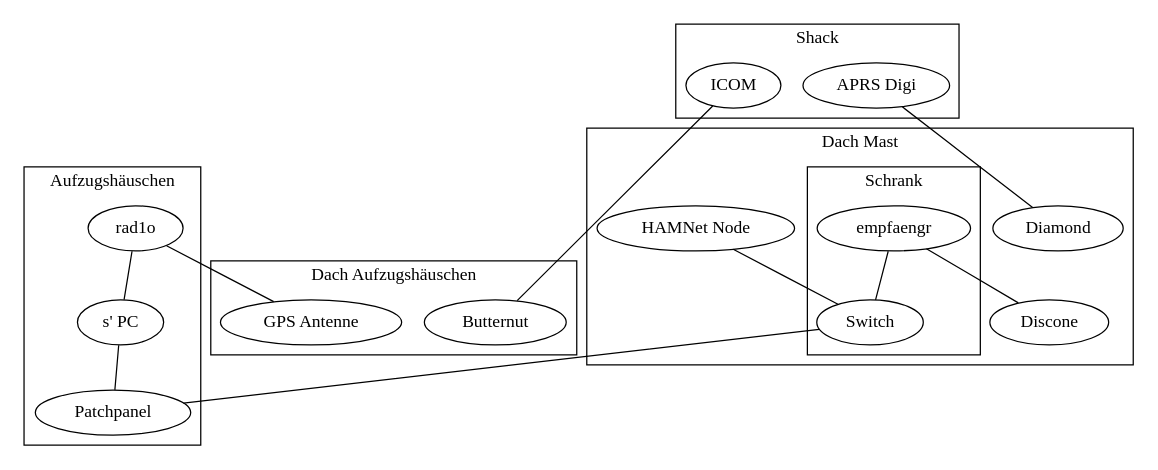
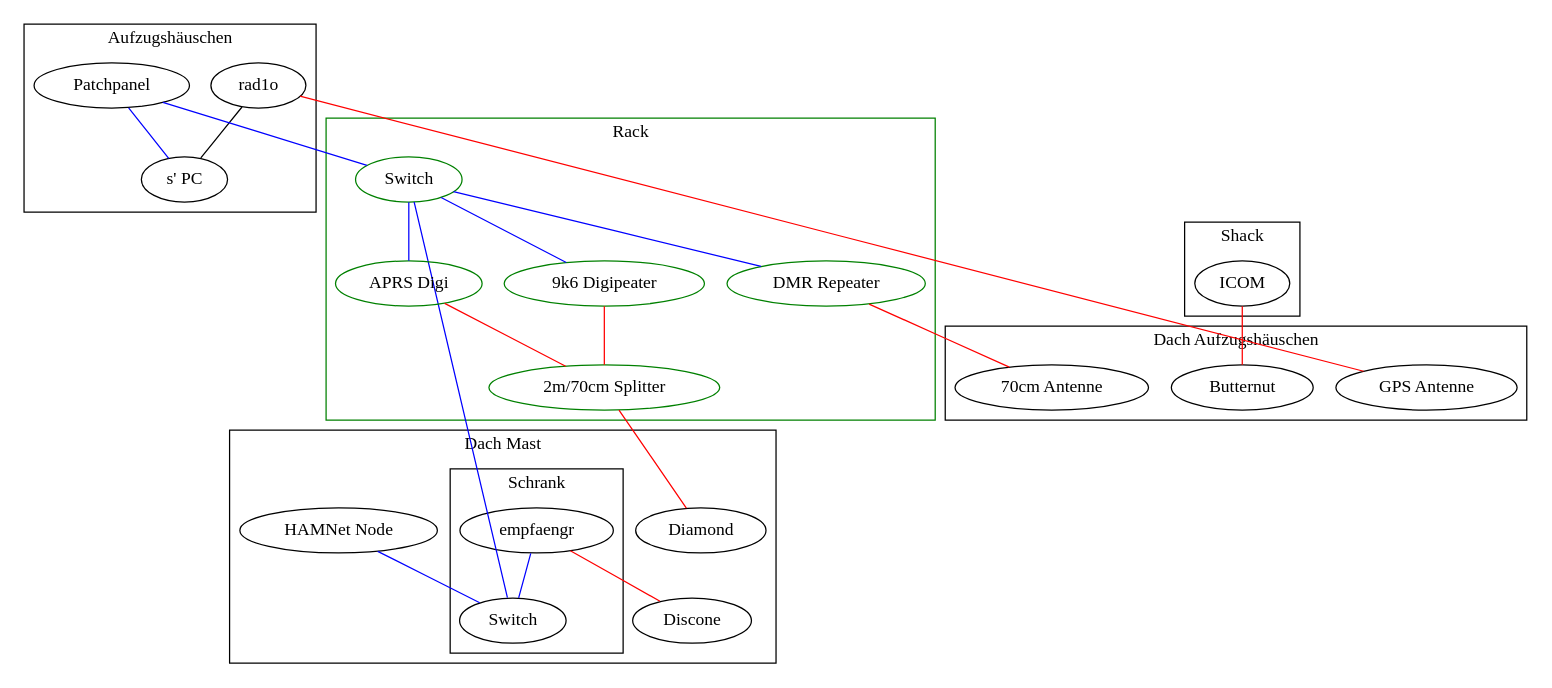
One commit to dl0muc/infrastruktur changed the diagram in dl0muc_infrastruktur.md. Above: the diagram before and after it, drawn with Graphviz. The commit also changed other lines of this file, not shown here.

Commit message:
Update Planungsstand 180323

````diff
--- a/dl0muc_infrastruktur.md
+++ b/dl0muc_infrastruktur.md
@@ -5,55 +7,73 @@
 ```graphviz
     graph {
         splines=line;
 
         subgraph cluster_dach_mast {
             label="Dach Mast";
             node [label="Diamond"] ant_diamond;
             node [label="Discone"] ant_discone;
             node [label="HAMNet Node"] ant_hamnet;
 
             subgraph cluster_schrank {
                 label="Schrank";
 
                 node [label="empfaengr"] empfaengr;
                 node [label="Switch"] eth_switch_mast;
             }
         }
 
         subgraph cluster_dach_aufzugshaeuschen {
             label="Dach Aufzugshäuschen";
 
             node [label="Butternut"] ant_butternut;
             node [label="GPS Antenne"] ant_sat;
+            node [label="70cm Antenne"] ant_70cm;
         }
 
         subgraph cluster_rack {
             label="Rack";
+            color=green;
+            node [color=green,label="Switch"] eth_switch_rack;
+            node [color=green,label="APRS Digi"] aprs_digi;
+            node [color=green,label="9k6 Digipeater"] digi_9k6;
+            node [color=green,label="DMR Repeater"] dmr_repeater;
+
+            node [color=green,label="2m/70cm Splitter"] splitter_2m70cm;
         }
 
         subgraph cluster_aufzug {
             label="Aufzugshäuschen";
             node [label="s' PC"] s_pc;
             node [label="rad1o"] rad1o;
             node [label="Patchpanel"] eth_patchpanel;
             rad1o -- s_pc;
         }
 
         subgraph cluster_shack {
             label="Shack";
+            rank="sink";
             node [label="ICOM"] trx_icom;
-            node [label="APRS Digi"] aprs_digi;
         }
 
-        empfaengr -- ant_discone;
+        empfaengr -- ant_discone [color="red"];
 
-        trx_icom -- ant_butternut;
-        aprs_digi -- ant_diamond;
-        rad1o -- ant_sat;
-        ant_hamnet -- eth_switch_mast;
-        empfaengr -- eth_switch_mast;
+        trx_icom -- ant_butternut [color="red"];
+        rad1o -- ant_sat [color="red"];
+        ant_hamnet -- eth_switch_mast [color="blue"];
+        empfaengr -- eth_switch_mast [color="blue"];
 
-        s_pc -- eth_patchpanel;
-        eth_switch_mast -- eth_patchpanel;
+        aprs_digi -- splitter_2m70cm [color="red"];
+        digi_9k6 -- splitter_2m70cm [color="red"];
+        splitter_2m70cm -- ant_diamond [color="red"];
+
+        dmr_repeater -- ant_70cm [color="red"];
+
+        eth_switch_rack -- aprs_digi [color="blue"];
+        eth_switch_rack -- eth_switch_mast [color="blue"];
+        eth_switch_rack -- dmr_repeater [color="blue"];
+        eth_switch_rack -- digi_9k6 [color="blue"];
+
+        eth_patchpanel -- s_pc [color="blue"];
+        eth_patchpanel -- eth_switch_rack [color="blue"];
     }
 ```
````
